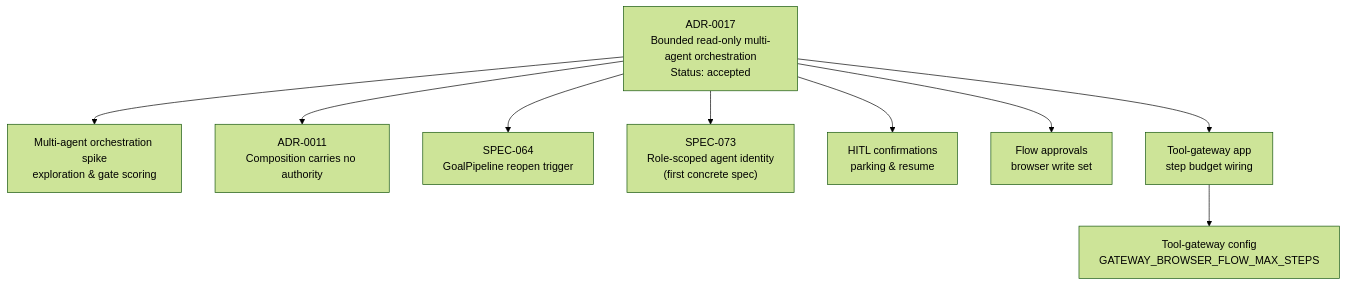
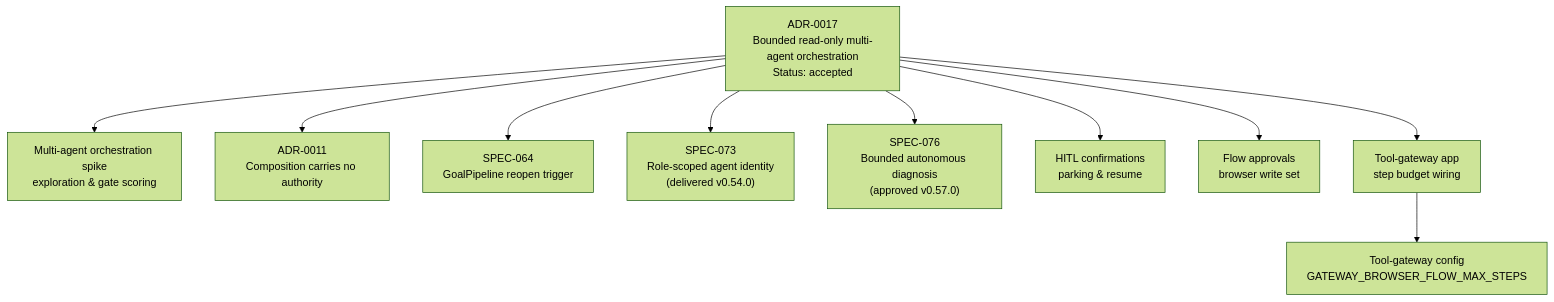
Before and after one commit to metasync/luban-aiops: the first of 9 diagrams in .qoder/repowiki/en/content/Platform Overview/ADR-0017_ Bounded Read-Only Multi-Agent Orchestration.md, drawn with Mermaid (forest theme). The commit also changed other lines of this file and 219 other files, not shown here.

````diff
--- a/.qoder/repowiki/en/content/Platform Overview/ADR-0017_ Bounded Read-Only Multi-Agent Orchestration.md
+++ b/.qoder/repowiki/en/content/Platform Overview/ADR-0017_ Bounded Read-Only Multi-Agent Orchestration.md
@@ -50,20 +51,22 @@
 ```mermaid
 graph TB
 ADR["ADR-0017<br/>Bounded read-only multi-agent orchestration<br/>Status: accepted"]
 SPIKE["Multi-agent orchestration spike<br/>exploration & gate scoring"]
 COMP_ADR["ADR-0011<br/>Composition carries no authority"]
 SPEC64["SPEC-064<br/>GoalPipeline reopen trigger"]
-SPEC073["SPEC-073<br/>Role-scoped agent identity<br/>(first concrete spec)"]
+SPEC073["SPEC-073<br/>Role-scoped agent identity<br/>(delivered v0.54.0)"]
+SPEC076["SPEC-076<br/>Bounded autonomous diagnosis<br/>(approved v0.57.0)"]
 HITL["HITL confirmations<br/>parking & resume"]
 FLOW["Flow approvals<br/>browser write set"]
 GW_APP["Tool-gateway app<br/>step budget wiring"]
 GW_CFG["Tool-gateway config<br/>GATEWAY_BROWSER_FLOW_MAX_STEPS"]
 ADR --> SPIKE
 ADR --> COMP_ADR
 ADR --> SPEC64
 ADR --> SPEC073
+ADR --> SPEC076
 ADR --> HITL
 ADR --> FLOW
 ADR --> GW_APP
 GW_APP --> GW_CFG
 ```
````
